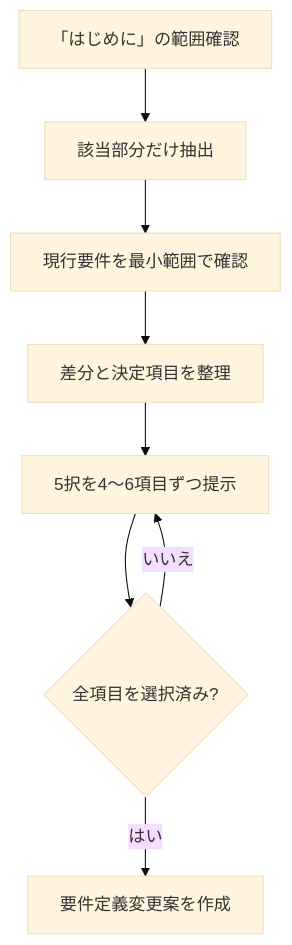
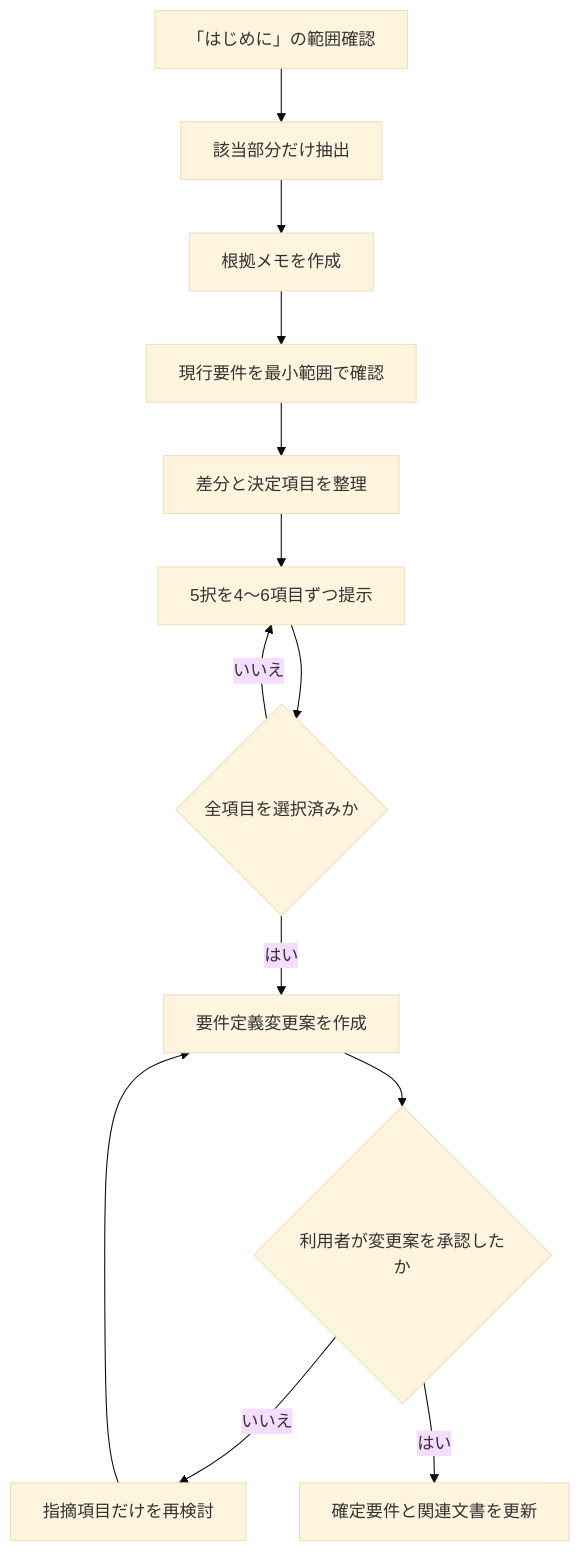
The diagram in docs/requirements-update-workflow.md (ChestnutForest/paper-repro), drawn with Mermaid (base theme) before and after one commit. The commit also changed other lines of this file, not shown here.

````diff
--- a/docs/requirements-update-workflow.md
+++ b/docs/requirements-update-workflow.md
@@ -299,10 +236,15 @@
 ```mermaid
 flowchart TD
-    A["「はじめに」の範囲確認"] --> B["該当部分だけ抽出"]
-    B --> C["現行要件を最小範囲で確認"]
-    C --> D["差分と決定項目を整理"]
-    D --> E["5択を4～6項目ずつ提示"]
-    E --> F{"全項目を選択済み?"}
-    F -- いいえ --> E
-    F -- はい --> G["要件定義変更案を作成"]
+    A[「はじめに」の範囲確認] --> B[該当部分だけ抽出]
+    B --> C[根拠メモを作成]
+    C --> D[現行要件を最小範囲で確認]
+    D --> E[差分と決定項目を整理]
+    E --> F[5択を4〜6項目ずつ提示]
+    F --> G{全項目を選択済みか}
+    G -- いいえ --> F
+    G -- はい --> H[要件定義変更案を作成]
+    H --> I{利用者が変更案を承認したか}
+    I -- いいえ --> J[指摘項目だけを再検討]
+    J --> H
+    I -- はい --> K[確定要件と関連文書を更新]
 ```
````
